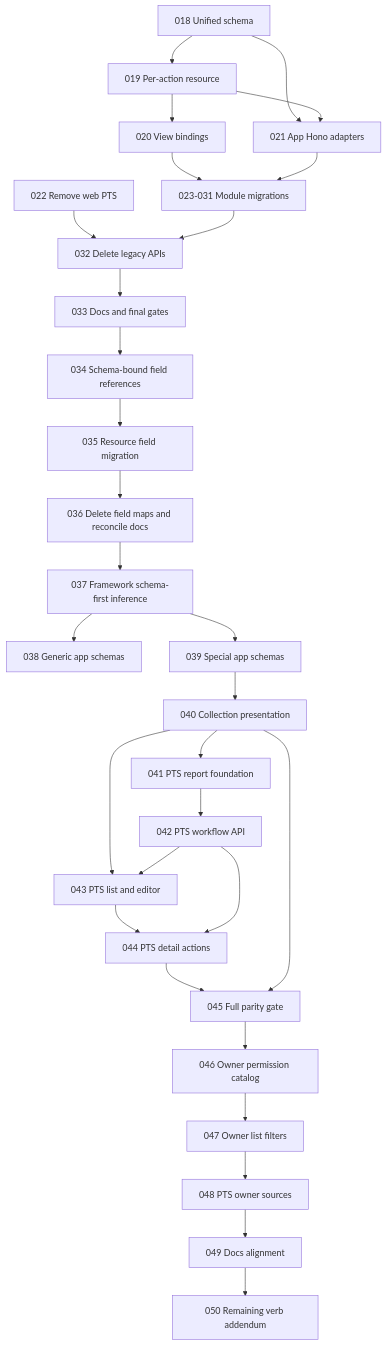
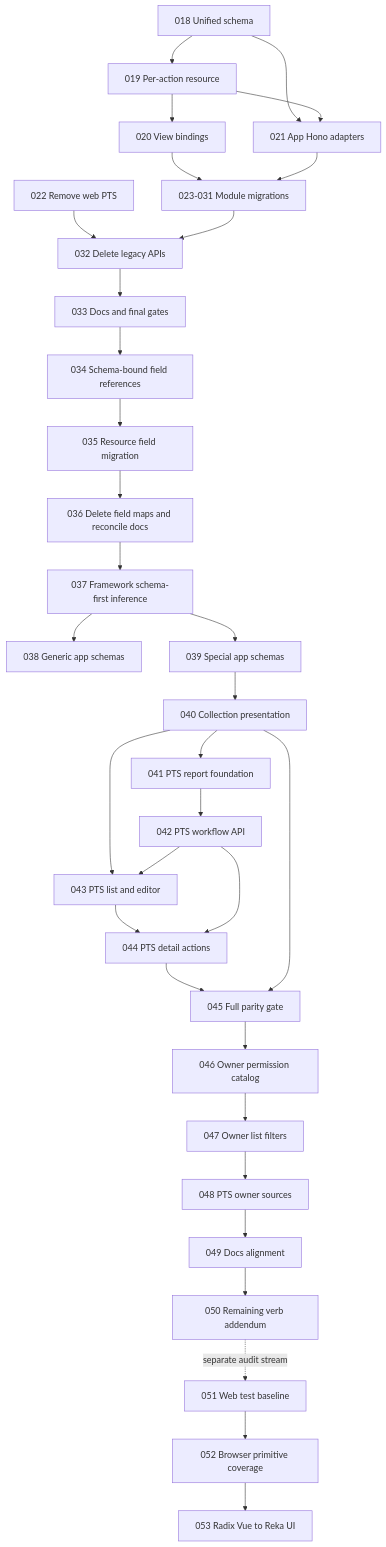
The diagram in plans/README.md (southneuhof/carta), drawn with Mermaid before and after one commit. The commit also changed other lines of this file and 43 other files, not shown here.

````diff
--- a/plans/README.md
+++ b/plans/README.md
@@ -52,32 +59,35 @@
 ```mermaid
 flowchart TD
   S["018 Unified schema"] --> R["019 Per-action resource"]
   R --> V["020 View bindings"]
   S --> H["021 App Hono adapters"]
   R --> H
   V --> M["023-031 Module migrations"]
   H --> M
   P["022 Remove web PTS"] --> C["032 Delete legacy APIs"]
   M --> C
   C --> D["033 Docs and final gates"]
   D --> F["034 Schema-bound field references"]
   F --> FM["035 Resource field migration"]
   FM --> FD["036 Delete field maps and reconcile docs"]
   FD --> Z["037 Framework schema-first inference"]
   Z --> ZG["038 Generic app schemas"]
   Z --> ZS["039 Special app schemas"]
   ZS --> C40["040 Collection presentation"]
   C40 --> P41["041 PTS report foundation"]
   P41 --> P42["042 PTS workflow API"]
   C40 --> P43["043 PTS list and editor"]
   P42 --> P43
   P43 --> P44["044 PTS detail actions"]
   P42 --> P44
   P44 --> P45["045 Full parity gate"]
   C40 --> P45
   P45 --> P46["046 Owner permission catalog"]
   P46 --> P47["047 Owner list filters"]
   P47 --> P48["048 PTS owner sources"]
   P48 --> P49["049 Docs alignment"]
   P49 --> P50["050 Remaining verb addendum"]
+  P50 -. separate audit stream .-> B51["051 Web test baseline"]
+  B51 --> B52["052 Browser primitive coverage"]
+  B52 --> B53["053 Radix Vue to Reka UI"]
 ```
````
